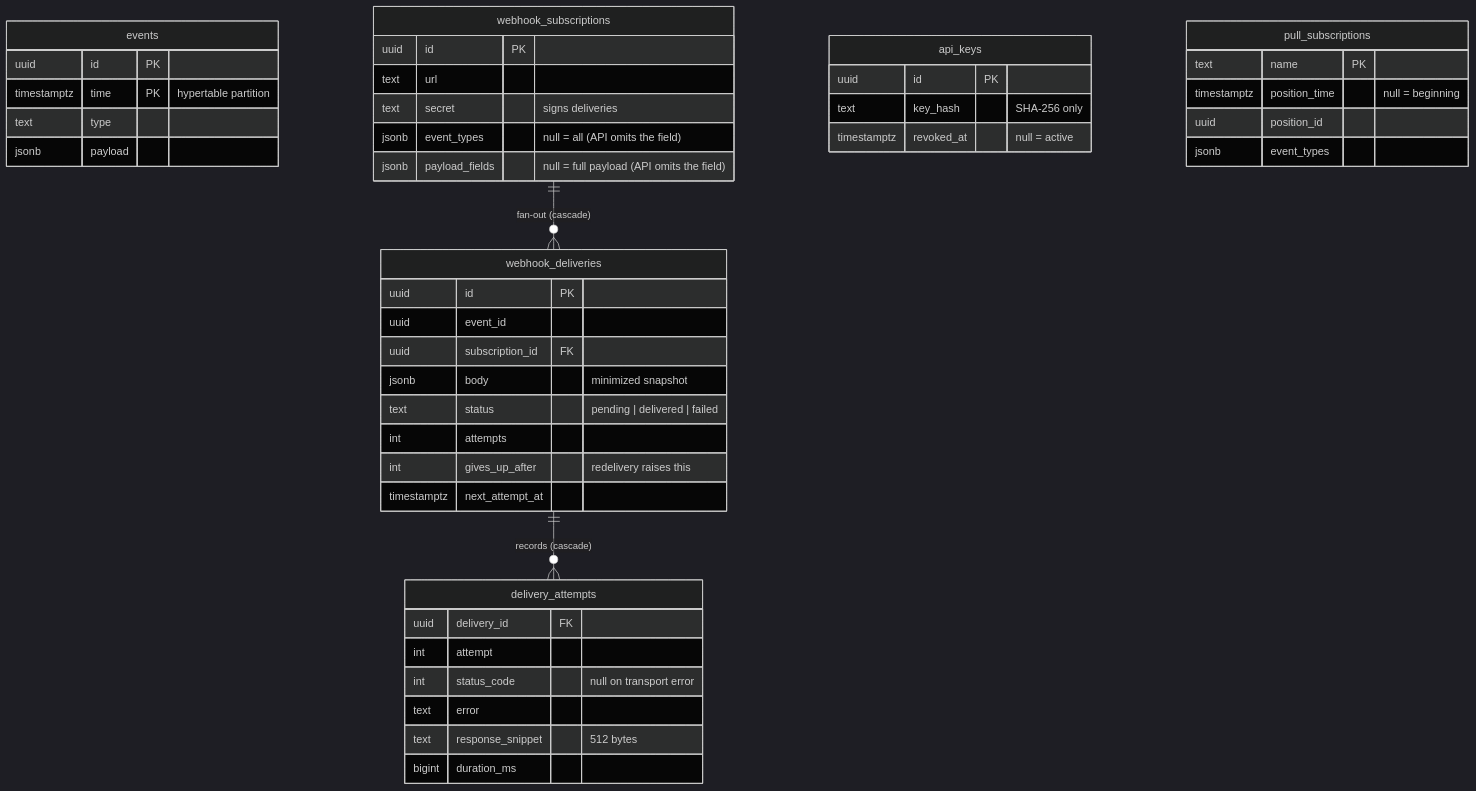
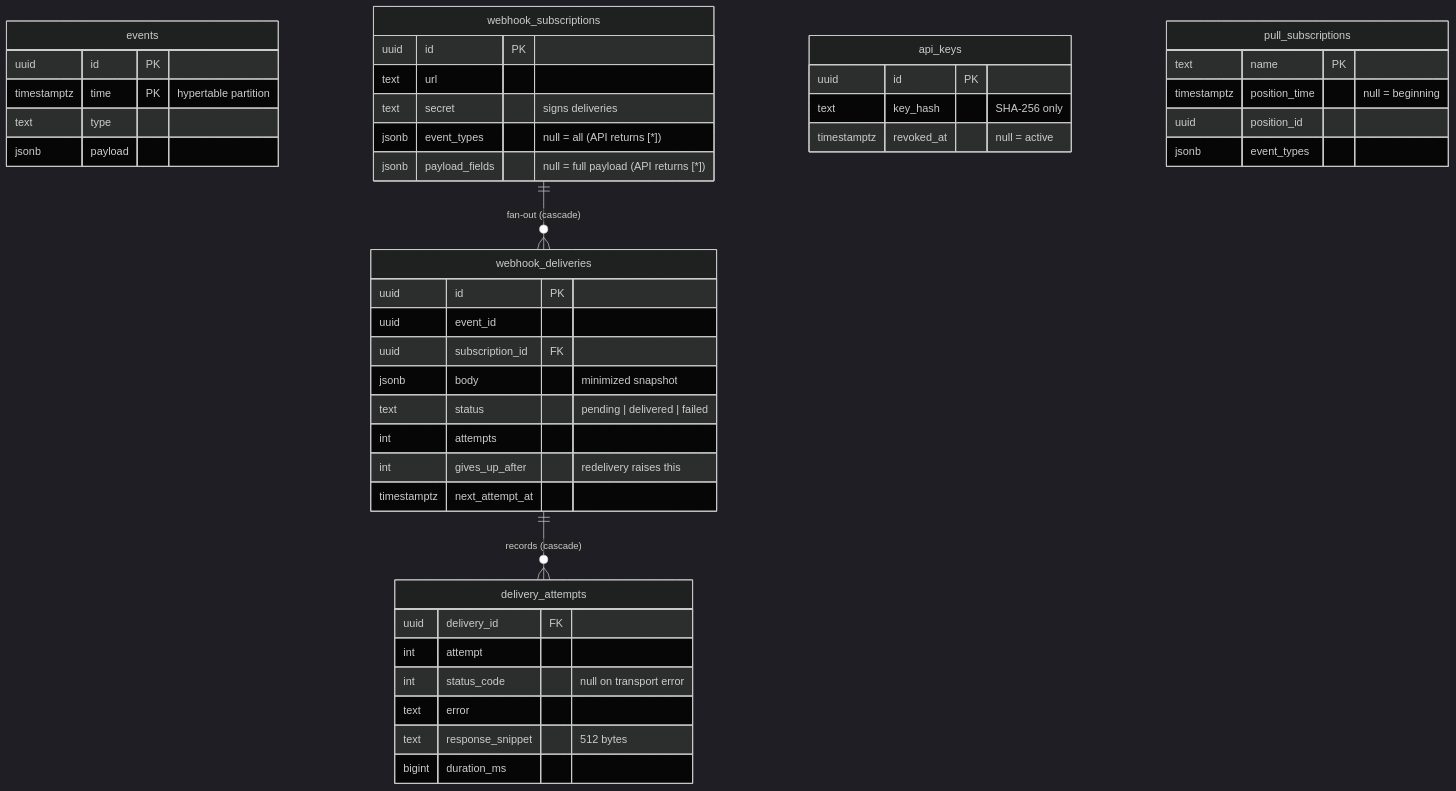
Before and after one commit to sharanggupta/eventcore: the fifth of 6 diagrams in docs/architecture.md, drawn with Mermaid (dark theme). The commit also changed 14 other files, not shown here.

````diff
--- a/docs/architecture.md
+++ b/docs/architecture.md
@@ -152,48 +152,48 @@
 ```mermaid
 erDiagram
     events {
         uuid id PK
         timestamptz time PK "hypertable partition"
         text type
         jsonb payload
     }
     webhook_subscriptions {
         uuid id PK
         text url
         text secret "signs deliveries"
-        jsonb event_types "null = all (API omits the field)"
-        jsonb payload_fields "null = full payload (API omits the field)"
+        jsonb event_types "null = all (API returns [*])"
+        jsonb payload_fields "null = full payload (API returns [*])"
     }
     webhook_deliveries {
         uuid id PK
         uuid event_id
         uuid subscription_id FK
         jsonb body "minimized snapshot"
         text status "pending | delivered | failed"
         int attempts
         int gives_up_after "redelivery raises this"
         timestamptz next_attempt_at
     }
     delivery_attempts {
         uuid delivery_id FK
         int attempt
         int status_code "null on transport error"
         text error
         text response_snippet "512 bytes"
         bigint duration_ms
     }
     api_keys {
         uuid id PK
         text key_hash "SHA-256 only"
         timestamptz revoked_at "null = active"
     }
     pull_subscriptions {
         text name PK
         timestamptz position_time "null = beginning"
         uuid position_id
         jsonb event_types
     }
 
     webhook_subscriptions ||--o{ webhook_deliveries : "fan-out (cascade)"
     webhook_deliveries ||--o{ delivery_attempts : "records (cascade)"
 ```
````
